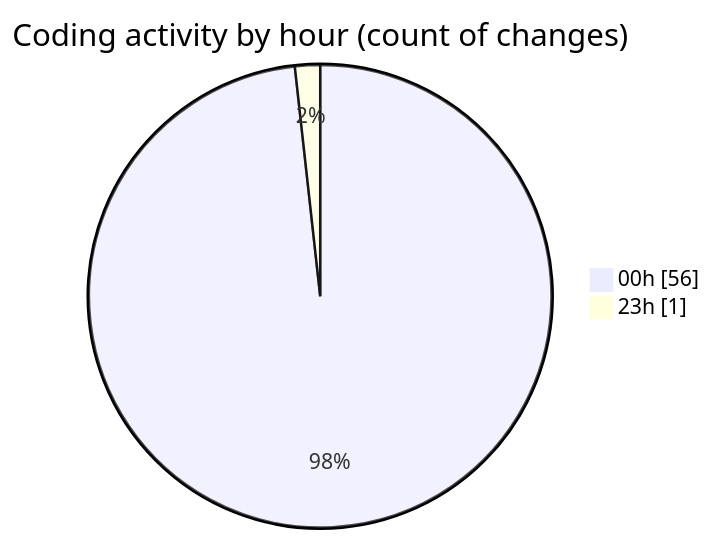
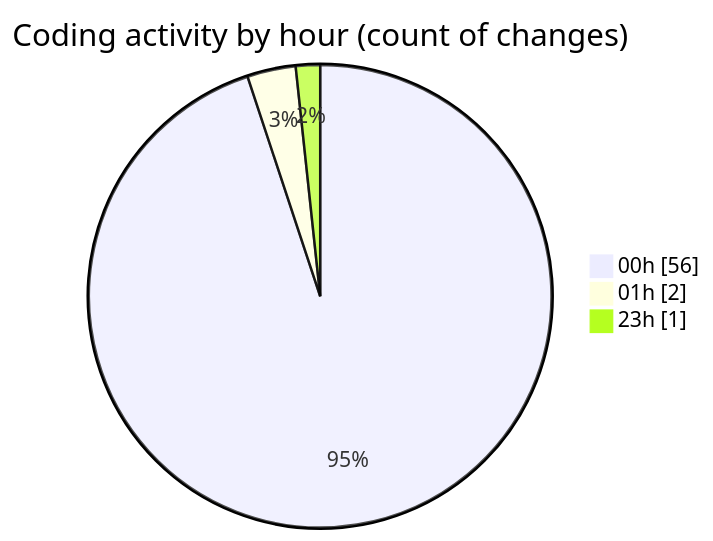
One commit to nxtqubesakshisongat/code-tracking changed the second of 2 diagrams in 2026-03-15/nxtqube_webapp/README.md. Above: the diagram before and after it, drawn with Mermaid. The commit also changed other lines of this file and 1 other file, not shown here.

````diff
--- a/2026-03-15/nxtqube_webapp/README.md
+++ b/2026-03-15/nxtqube_webapp/README.md
@@ -30,6 +31,7 @@
 ```mermaid
 pie showData
 title Coding activity by hour (count of changes)
 "00h" : 56
+"01h" : 2
 "23h" : 1
 ```
````
